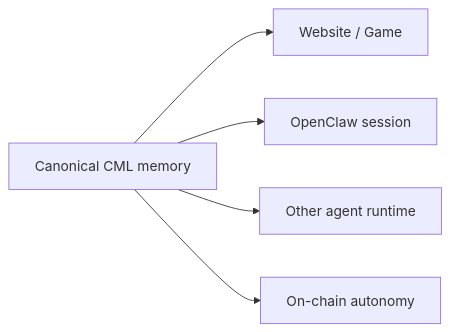
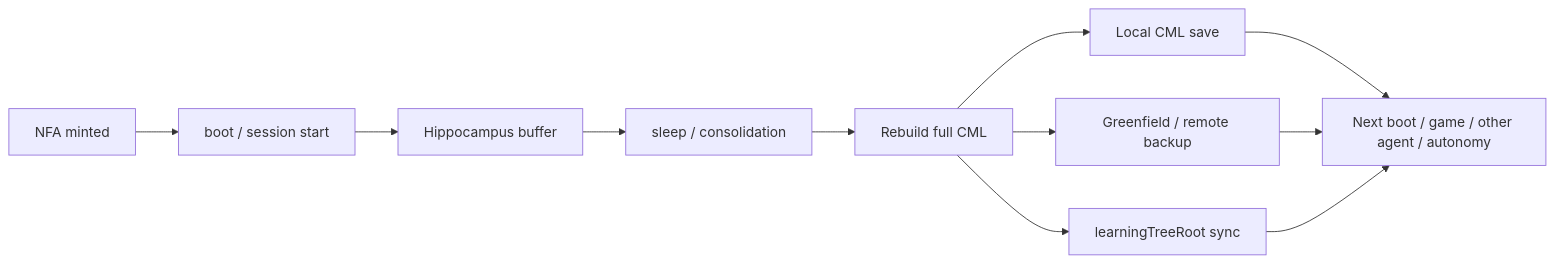
The fifth of 12 diagrams in README.md (fa762/ClaworldNfa), drawn with Mermaid before and after one commit. The commit also changed other lines of this file, not shown here.

Commit message:
docs: show CML storage flow in top README

````diff
--- a/README.md
+++ b/README.md
@@ -286,13 +288,23 @@
 ```mermaid
 flowchart LR
-    CML["Canonical CML memory"]
-    Game["Website / Game"]
-    OpenClaw["OpenClaw session"]
-    Agent["Other agent runtime"]
-    Autonomy["On-chain autonomy"]
+    Mint["NFA minted"]
+    Boot["boot / session start"]
+    Buffer["Hippocampus buffer"]
+    Sleep["sleep / consolidation"]
+    Build["Rebuild full CML"]
+    Local["Local CML save"]
+    Remote["Greenfield / remote backup"]
+    Root["learningTreeRoot sync"]
+    Reuse["Next boot / game / other agent / autonomy"]
 
-    CML --> Game
-    CML --> OpenClaw
-    CML --> Agent
-    CML --> Autonomy
+    Mint --> Boot
+    Boot --> Buffer
+    Buffer --> Sleep
+    Sleep --> Build
+    Build --> Local
+    Build --> Remote
+    Build --> Root
+    Local --> Reuse
+    Remote --> Reuse
+    Root --> Reuse
 ```
````
